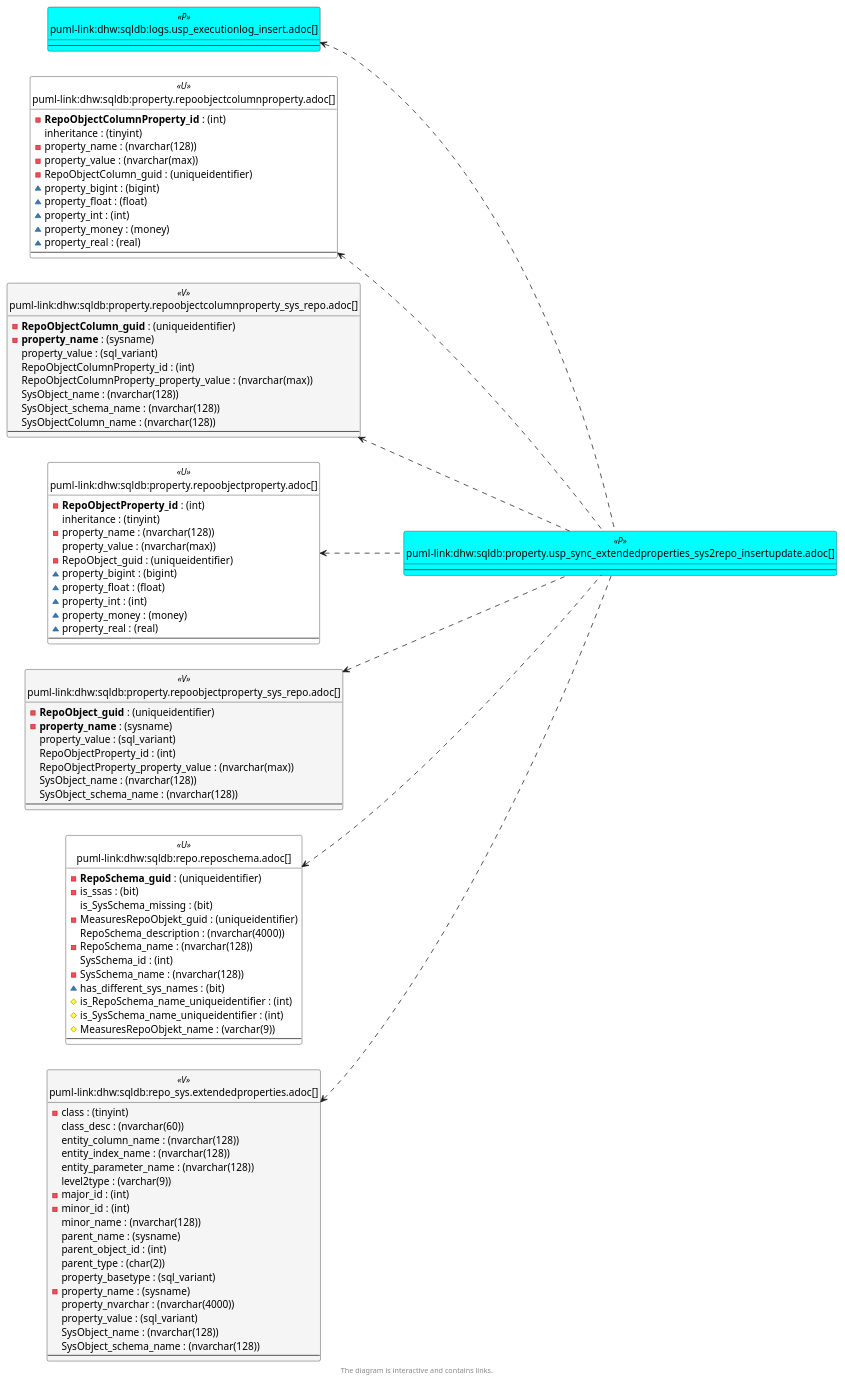
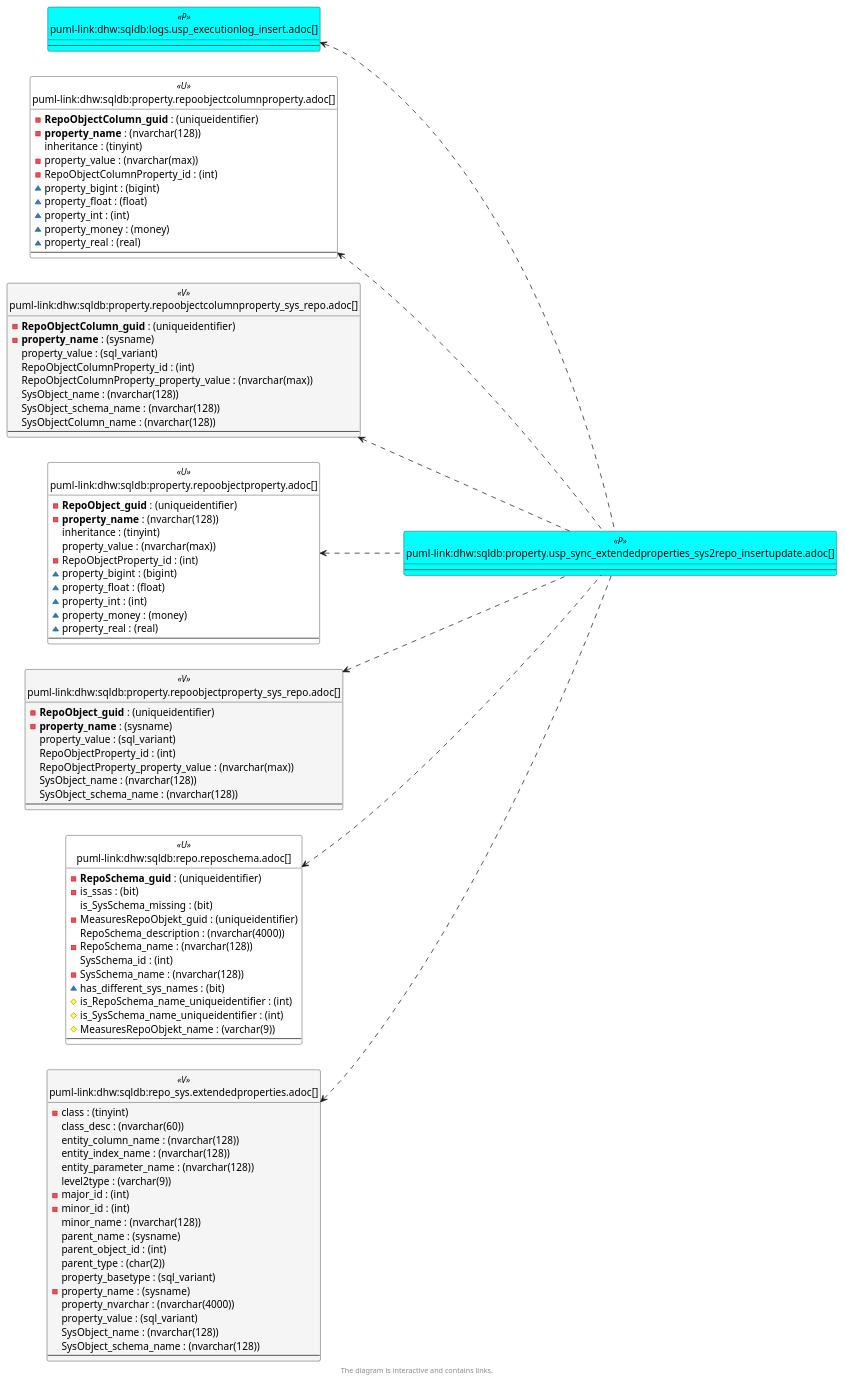
Before and after one commit to DataHandwerk/dhw-antora-sqldb: the sixth of 6 diagrams in docs/modules/sqldb/partials/content/property.usp_sync_extendedproperties_sys2repo_insertupdate.adoc, drawn with PlantUML. The commit also changed other lines of this file and 751 other files, not shown here.

```diff
--- a/docs/modules/sqldb/partials/content/property.usp_sync_extendedproperties_sys2repo_insertupdate.adoc
+++ b/docs/modules/sqldb/partials/content/property.usp_sync_extendedproperties_sys2repo_insertupdate.adoc
@@ -1421,11 +1425,11 @@
 }
 
 entity "puml-link:dhw:sqldb:property.repoobjectcolumnproperty.adoc[]" as property.RepoObjectColumnProperty << U >> {
-  - **RepoObjectColumnProperty_id** : (int)
+  - **RepoObjectColumn_guid** : (uniqueidentifier)
+  - **property_name** : (nvarchar(128))
   inheritance : (tinyint)
-  - property_name : (nvarchar(128))
   - property_value : (nvarchar(max))
-  - RepoObjectColumn_guid : (uniqueidentifier)
+  - RepoObjectColumnProperty_id : (int)
   ~ property_bigint : (bigint)
   ~ property_float : (float)
   ~ property_int : (int)
@@ -1447,11 +1451,11 @@
 }
 
 entity "puml-link:dhw:sqldb:property.repoobjectproperty.adoc[]" as property.RepoObjectProperty << U >> {
-  - **RepoObjectProperty_id** : (int)
+  - **RepoObject_guid** : (uniqueidentifier)
+  - **property_name** : (nvarchar(128))
   inheritance : (tinyint)
-  - property_name : (nvarchar(128))
   property_value : (nvarchar(max))
-  - RepoObject_guid : (uniqueidentifier)
+  - RepoObjectProperty_id : (int)
   ~ property_bigint : (bigint)
   ~ property_float : (float)
   ~ property_int : (int)
```
